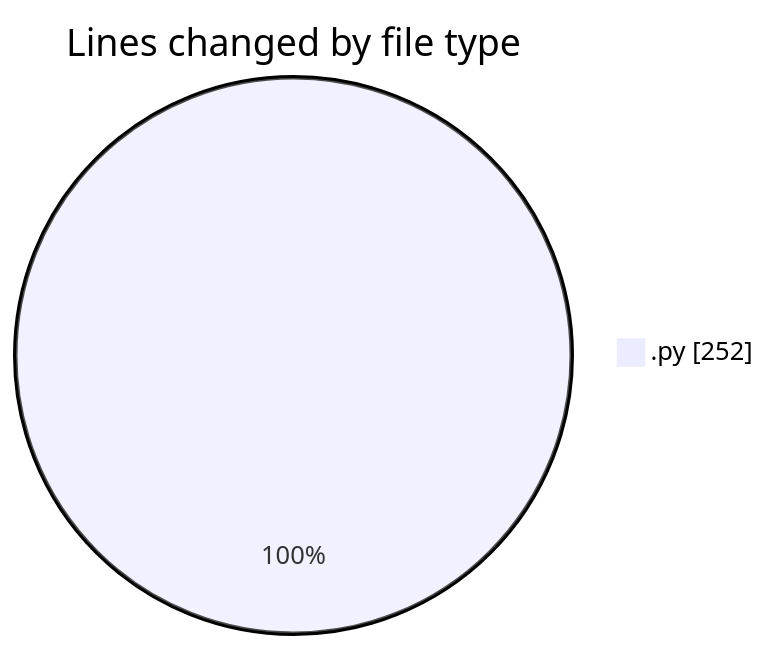
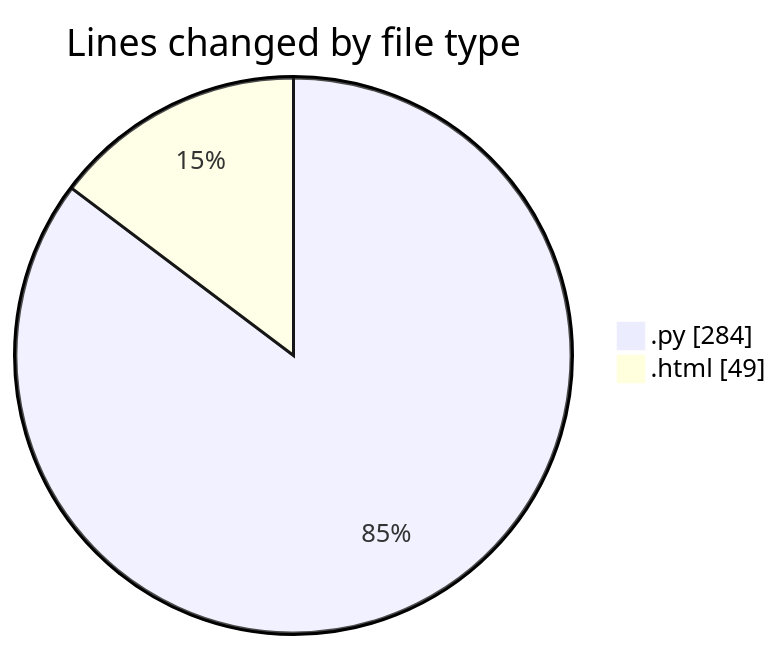
One commit to Ritupan-Deka/code-tracking changed the first of 2 diagrams in 2025-01-21/projects/README.md. Above: the diagram before and after it, drawn with Mermaid. The commit also changed other lines of this file and 1 other file, not shown here.

````diff
--- a/2025-01-21/projects/README.md
+++ b/2025-01-21/projects/README.md
@@ -20,5 +24,6 @@
 ```mermaid
 pie showData
 title Lines changed by file type
-".py" : 252
+".py" : 284
+".html" : 49
 ```
````
